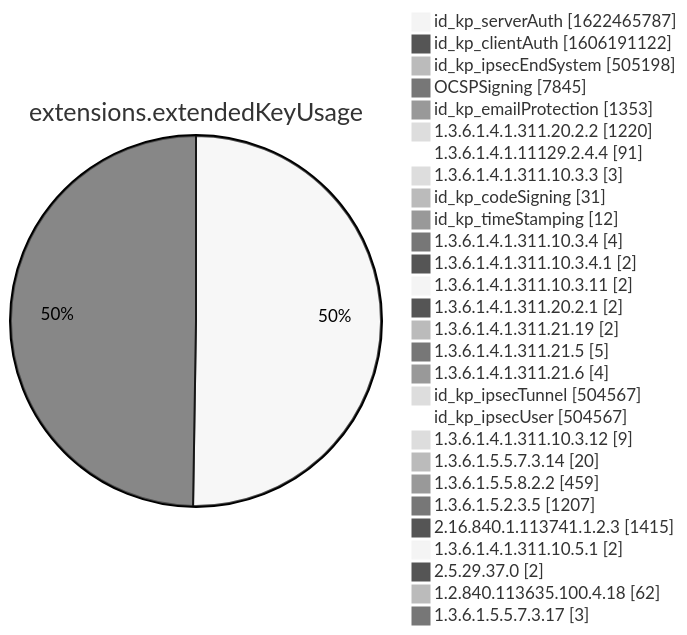
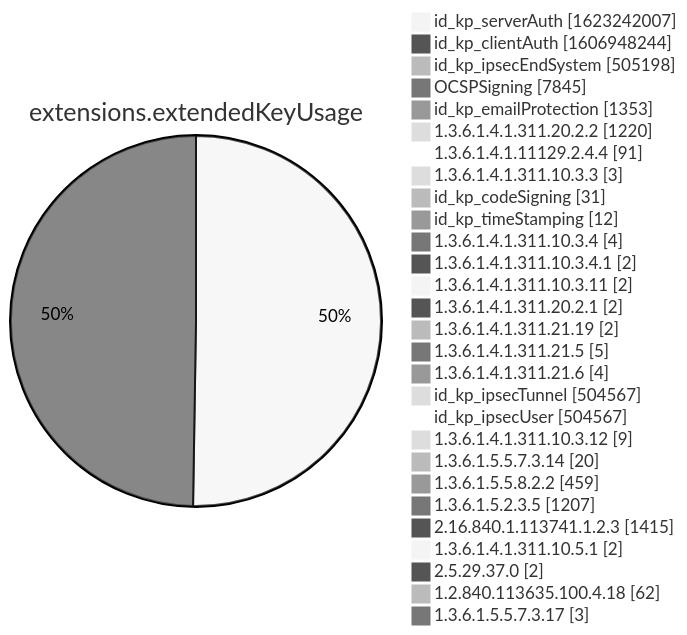
Before and after one commit to christiankrug/ctmonitor_visualization: diagram 12 of 15 in xenon2022/README.md, drawn with Mermaid (neutral theme). The commit also changed other lines of this file, not shown here.

````diff
--- a/xenon2022/README.md
+++ b/xenon2022/README.md
@@ -3886,32 +3886,32 @@
 ```mermaid
 pie showData
 title extensions.extendedKeyUsage
-"id_kp_serverAuth" :1622465787
-"id_kp_clientAuth" :1606191122
+"id_kp_serverAuth" :1623242007
+"id_kp_clientAuth" :1606948244
 "id_kp_ipsecEndSystem" :505198
 "OCSPSigning" :7845
 "id_kp_emailProtection" :1353
 "1.3.6.1.4.1.311.20.2.2" :1220
 "1.3.6.1.4.1.11129.2.4.4" :91
 "1.3.6.1.4.1.311.10.3.3" :3
 "id_kp_codeSigning" :31
 "id_kp_timeStamping" :12
 "1.3.6.1.4.1.311.10.3.4" :4
 "1.3.6.1.4.1.311.10.3.4.1" :2
 "1.3.6.1.4.1.311.10.3.11" :2
 "1.3.6.1.4.1.311.20.2.1" :2
 "1.3.6.1.4.1.311.21.19" :2
 "1.3.6.1.4.1.311.21.5" :5
 "1.3.6.1.4.1.311.21.6" :4
 "id_kp_ipsecTunnel" :504567
 "id_kp_ipsecUser" :504567
 "1.3.6.1.4.1.311.10.3.12" :9
 "1.3.6.1.5.5.7.3.14" :20
 "1.3.6.1.5.5.8.2.2" :459
 "1.3.6.1.5.2.3.5" :1207
 "2.16.840.1.113741.1.2.3" :1415
 "1.3.6.1.4.1.311.10.5.1" :2
 "2.5.29.37.0" :2
 "1.2.840.113635.100.4.18" :62
 "1.3.6.1.5.5.7.3.17" :3
 ```
````
